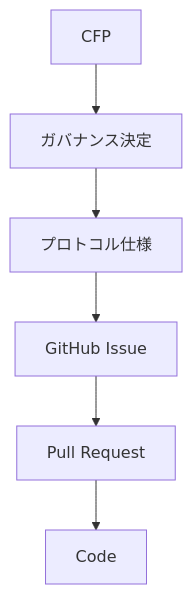
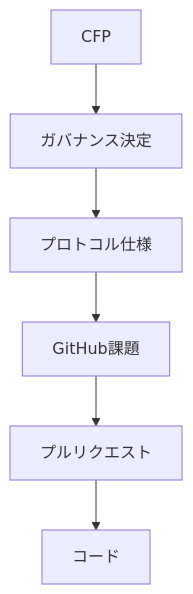
The second of 3 diagrams in docs/proposals/index.md (ShigeichiroYamasaki/creator-first-platform), drawn with Mermaid before and after one commit. The commit also changed other lines of this file and 72 other files, not shown here.

````diff
--- a/docs/proposals/index.md
+++ b/docs/proposals/index.md
@@ -36,11 +36,11 @@
 ```mermaid
 flowchart TD
     CFP[CFP]
     DECISION[ガバナンス決定]
     SPEC[プロトコル仕様]
-    ISSUE[GitHub Issue]
-    PR[Pull Request]
-    CODE[Code]
+    ISSUE[GitHub課題]
+    PR[プルリクエスト]
+    CODE[コード]
 
     CFP --> DECISION --> SPEC --> ISSUE --> PR --> CODE
 ```
````
